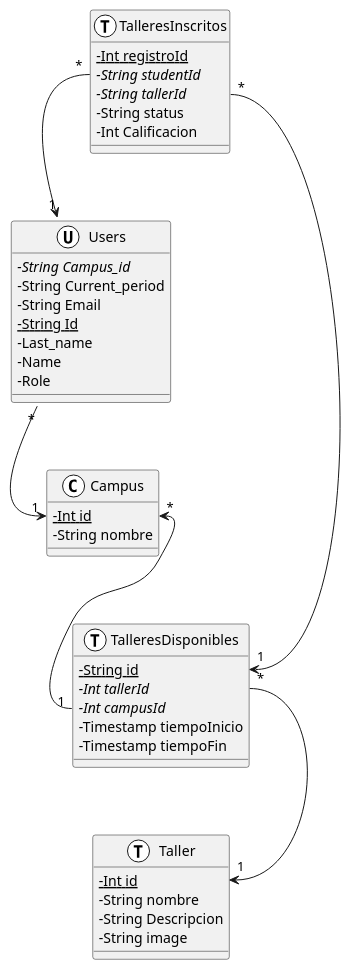
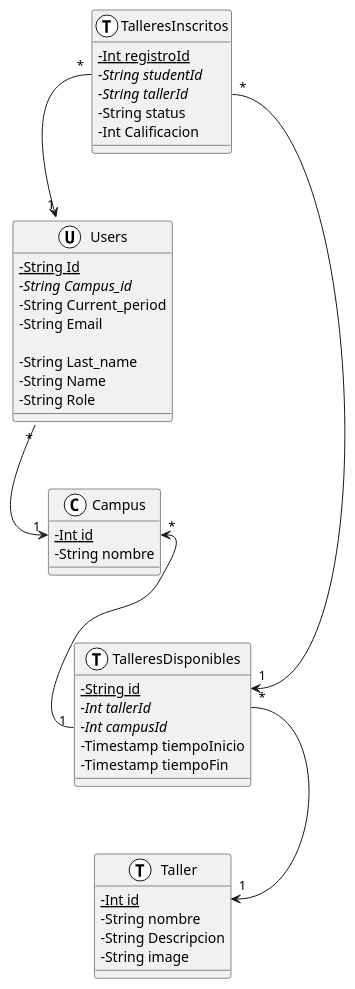
One commit to facund015/codeRelatedObsidianNotes changed the diagram in Reto/Base de datos.md. Above: the diagram before and after it, drawn with PlantUML.

Commit message:
vault backup: 2021-12-01 17:59:03

````diff
--- a/Reto/Base de datos.md
+++ b/Reto/Base de datos.md
@@ -2,54 +2,55 @@
 ```plantuml
 @startuml
 skinparam classAttributeIconSize 0
 
 class Users <<(U,white)>> {
+	-{static} String Id
 	{abstract} -String Campus_id
 	-String Current_period
 	-String Email
-	-String {static} Id
-	- Last_name
-	- Name
-	- Role
+	
+	-String Last_name
+	-String Name
+	-String Role
 }
 
 class Campus <<(C,white)>> {
 	{static} -Int id
 	-String nombre
 }
 
 class Taller <<(T,white)>> {
     {static} -Int id 
     - String nombre
 	- String Descripcion
     - String image
 }
 class TalleresDisponibles <<(T, white)>> {
 	{static} -String id
 	{abstract} -Int tallerId
 	{abstract} -Int campusId
 	-Timestamp tiempoInicio
 	-Timestamp tiempoFin
 }
 class TalleresInscritos <<(T,white)>> {
 	{static} -Int registroId 
 	{abstract} -String studentId
 	{abstract} -String tallerId
 	-String status
 	-Int Calificacion
 }
 
 
 
 
 
 
 TalleresInscritos::studentId "*" --> "1" Users::matricula
 TalleresInscritos::tallerId "*" --> "1" TalleresDisponibles::id
 TalleresDisponibles::tallerId "*" --> "1" Taller::id
 Campus::id "*" <-- "1" TalleresDisponibles::campusId
 Users::campusId "*" --> "1" Campus::id
 
 
 @enduml
 ```
````
